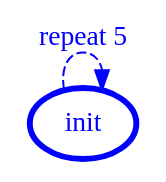
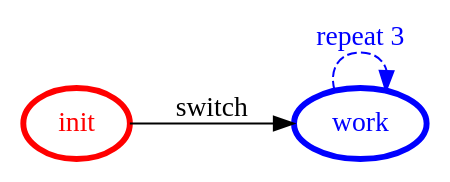
One commit to anatali/lss0 changed the diagram in it.unibo.blsNode.qa/bin/it/unibo/qabls0client/qabls0client.gv. Above: the diagram before and after it, drawn with Graphviz. The commit also changed 509 other files, not shown here.

```diff
--- a/it.unibo.blsNode.qa/bin/it/unibo/qabls0client/qabls0client.gv
+++ b/it.unibo.blsNode.qa/bin/it/unibo/qabls0client/qabls0client.gv
@@ -1,16 +1,17 @@
 /*
 *
 * A GraphViz DOT FSM description 
 * Please use a GraphViz visualizer (like http://www.webgraphviz.com)
 *  
 */
 
 digraph finite_state_machine {
 	rankdir=LR
 	size="8,5"
 	
 	init [ color = red ][ fontcolor = red ][ penwidth = 3 ]
-	init [ color = blue ][ fontcolor = blue ][ penwidth = 3 ]
+	work [ color = blue ][ fontcolor = blue ][ penwidth = 3 ]
 	
-	init -> init [ label = "repeat 5"][ style = dashed ][ color = blue ][ fontcolor = blue ]
+	work -> work [ label = "repeat 3"][ style = dashed ][ color = blue ][ fontcolor = blue ]
+	init -> work [ label = "switch" ][ color = black ][ fontcolor = black ]
 }
```
